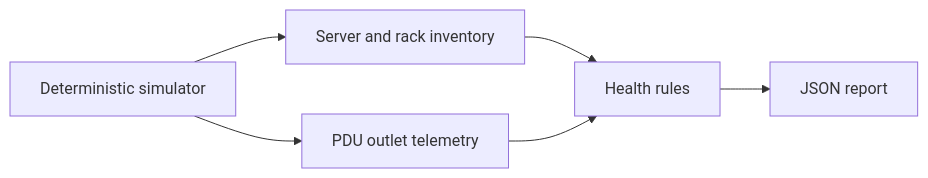
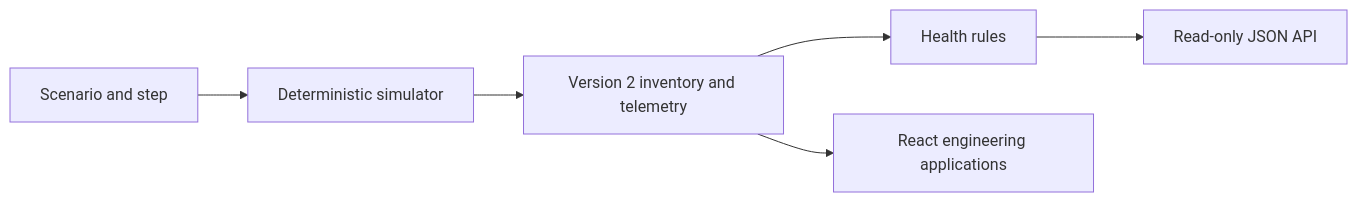
The diagram in labs/infra-sim/README.md (Paragjindal01/Paragjindal01), drawn with Mermaid before and after one commit. The commit also changed other lines of this file and 3 other files, not shown here.

````diff
--- a/labs/infra-sim/README.md
+++ b/labs/infra-sim/README.md
@@ -19,8 +24,8 @@
 ```mermaid
 flowchart LR
-  S[Deterministic simulator] --> I[Server and rack inventory]
-  S --> P[PDU outlet telemetry]
-  I --> A[Health rules]
-  P --> A
-  A --> R[JSON report]
+  A[Scenario and step] --> B[Deterministic simulator]
+  B --> C[Version 2 inventory and telemetry]
+  C --> D[Health rules]
+  C --> E[React engineering applications]
+  D --> F[Read-only JSON API]
 ```
````
